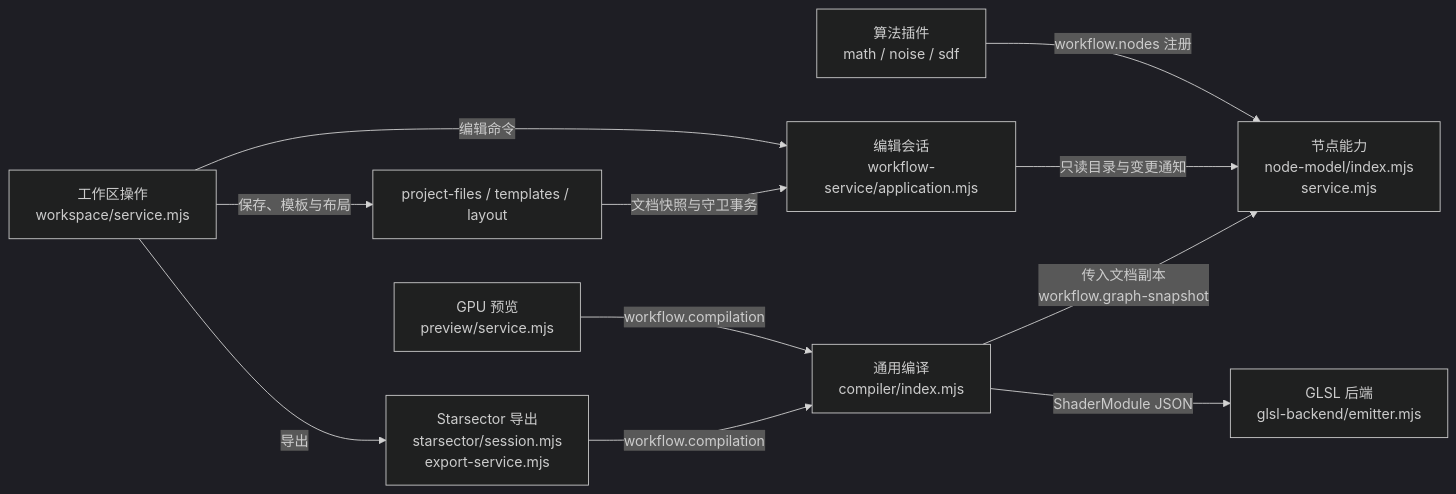
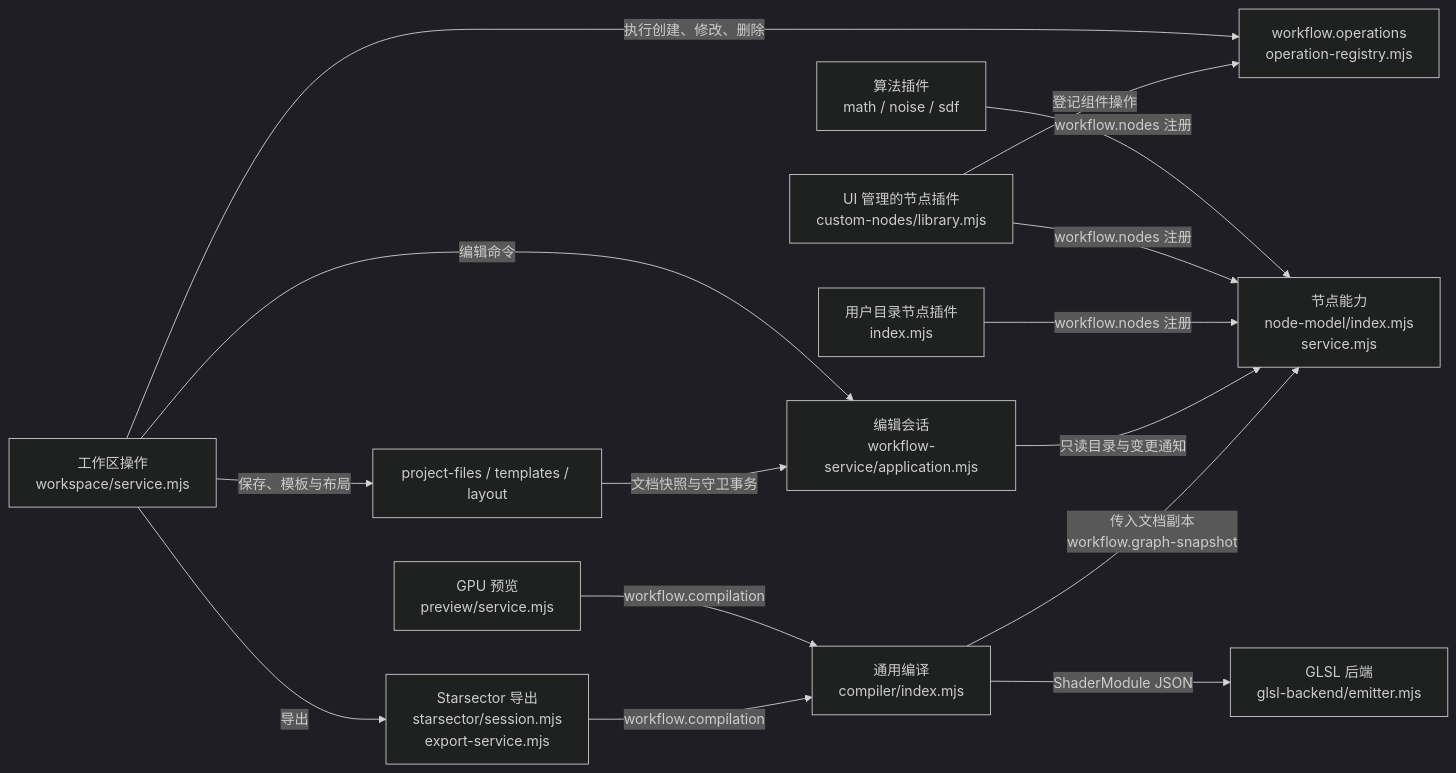
The second of 31 diagrams in docs/ARCHITECTURE_V1.md (Eb-Ling/MengGodWorkflowStudio), drawn with Mermaid (dark theme) before and after one commit. The commit also changed other lines of this file and 114 other files, not shown here.

````diff
--- a/docs/ARCHITECTURE_V1.md
+++ b/docs/ARCHITECTURE_V1.md
@@ -48,13 +48,17 @@
 ```mermaid
 flowchart LR
   Algorithms["算法插件<br/>math / noise / sdf"] -->|workflow.nodes 注册| Nodes["节点能力<br/>node-model/index.mjs<br/>service.mjs"]
+  Workspace -->|执行创建、修改、删除| Ops["workflow.operations<br/>operation-registry.mjs"]
+  Custom["UI 管理的节点插件<br/>custom-nodes/library.mjs"] -->|登记组件操作| Ops
+  Custom -->|workflow.nodes 注册| Nodes
+  Folder["用户目录节点插件<br/>index.mjs"] -->|workflow.nodes 注册| Nodes
   Editor["编辑会话<br/>workflow-service/application.mjs"] -->|只读目录与变更通知| Nodes
   Compiler["通用编译<br/>compiler/index.mjs"] -->|传入文档副本<br/>workflow.graph-snapshot| Nodes
   Compiler -->|ShaderModule JSON| GLSL["GLSL 后端<br/>glsl-backend/emitter.mjs"]
   Preview["GPU 预览<br/>preview/service.mjs"] -->|workflow.compilation| Compiler
   Export["Starsector 导出<br/>starsector/session.mjs<br/>export-service.mjs"] -->|workflow.compilation| Compiler
   Workspace["工作区操作<br/>workspace/service.mjs"] -->|编辑命令| Editor
   Workspace -->|导出| Export
   Workspace -->|保存、模板与布局| Helpers["project-files / templates / layout"]
   Helpers -->|文档快照与守卫事务| Editor
 ```
````
